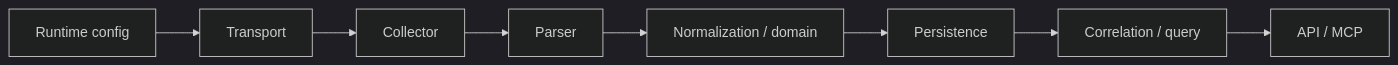
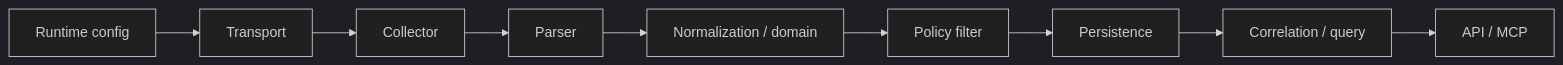
The second of 2 diagrams in docs/architecture/overview.md (3mstecnologia-del/madalena-network-intelligence), drawn with Mermaid (dark theme) before and after one commit. The commit also changed other lines of this file and 9 other files, not shown here.

````diff
--- a/docs/architecture/overview.md
+++ b/docs/architecture/overview.md
@@ -43,10 +43,11 @@
 ```mermaid
 flowchart LR
   RC[Runtime config] --> T[Transport]
   T --> C[Collector]
   C --> P[Parser]
   P --> N[Normalization / domain]
-  N --> DB[Persistence]
+  N --> F[Policy filter]
+  F --> DB[Persistence]
   DB --> Q[Correlation / query]
   Q --> X[API / MCP]
 ```
````
